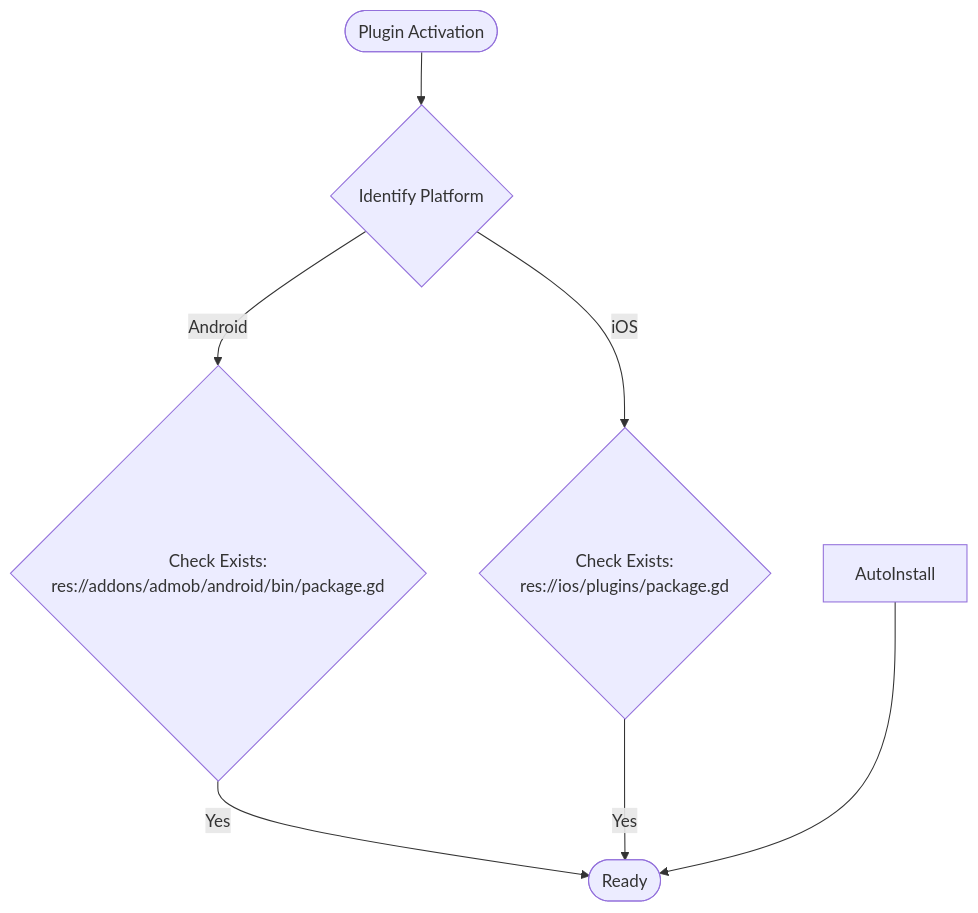
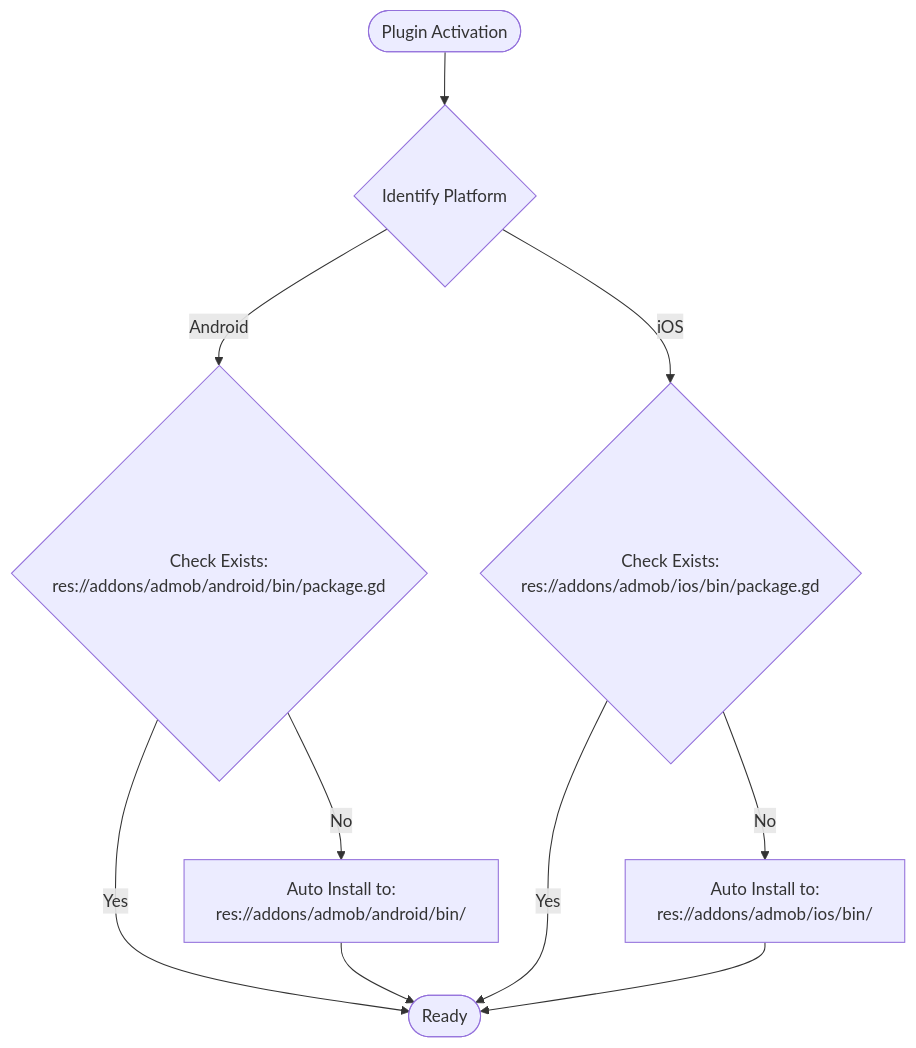
One commit to glennw56/sunshine-android changed the diagram in addons/admob/docs/architecture/lifecycle.md. Above: the diagram before and after it, drawn with Mermaid. The commit also changed other lines of this file and 823 other files, not shown here.

````diff
--- a/addons/admob/docs/architecture/lifecycle.md
+++ b/addons/admob/docs/architecture/lifecycle.md
@@ -27,13 +19,13 @@
 ```mermaid
 graph TD
 	Start([Plugin Activation]) --> IdentifyPlatform{Identify Platform}
 
 	IdentifyPlatform -- Android --> CheckAndroid{Check Exists:<br/>res://addons/admob/android/bin/package.gd}
-	IdentifyPlatform -- iOS --> CheckIOS{Check Exists:<br/>res://ios/plugins/package.gd}
+	IdentifyPlatform -- iOS --> CheckIOS{Check Exists:<br/>res://addons/admob/ios/bin/package.gd}
 
 	CheckAndroid -- Yes --> Ready([Ready])
+	CheckAndroid -- No --> AutoInstallAndroid[Auto Install to:<br/>res://addons/admob/android/bin/] --> Ready
+	
 	CheckIOS -- Yes --> Ready
-
-
-	AutoInstall --> Ready
+	CheckIOS -- No --> AutoInstallIOS[Auto Install to:<br/>res://addons/admob/ios/bin/] --> Ready
 ```
````
